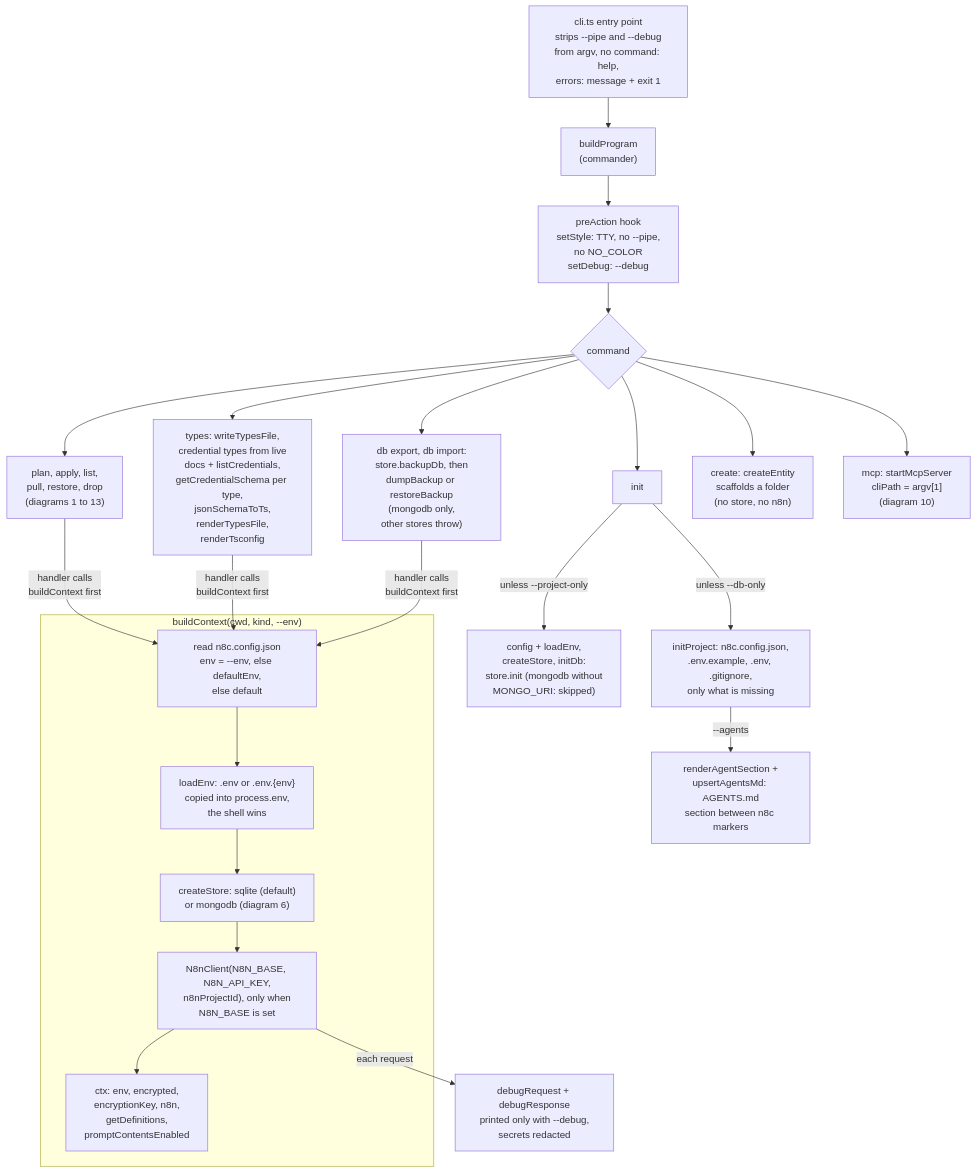
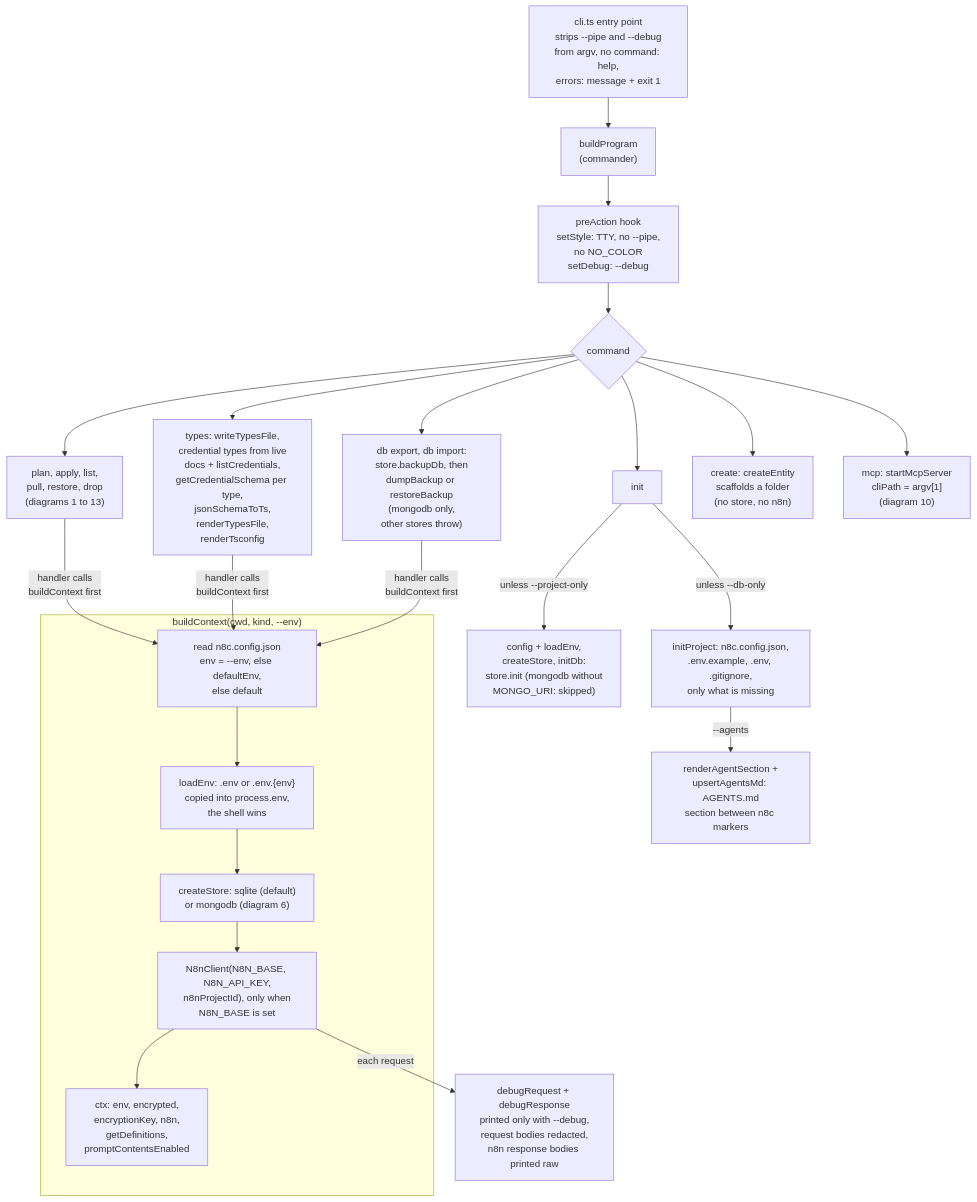
One commit to nullseal/n8c changed diagram 14 of 14 in docs/ARCHITECTURE.md. Above: the diagram before and after it, drawn with Mermaid. The commit also changed other lines of this file, not shown here.

Commit message:
docs: fix diagram accuracy findings

````diff
--- a/docs/ARCHITECTURE.md
+++ b/docs/ARCHITECTURE.md
@@ -744,25 +750,25 @@
 ```mermaid
 flowchart TB
     ENTRY["cli.ts entry point<br/>strips --pipe and --debug<br/>from argv, no command: help,<br/>errors: message + exit 1"] --> PROG["buildProgram<br/>(commander)"]
     PROG --> HOOK["preAction hook<br/>setStyle: TTY, no --pipe,<br/>no NO_COLOR<br/>setDebug: --debug"]
     HOOK --> CMD{"command"}
     CMD --> LOOP["plan, apply, list,<br/>pull, restore, drop<br/>(diagrams 1 to 13)"]
     CMD --> TY["types: writeTypesFile,<br/>credential types from live<br/>docs + listCredentials,<br/>getCredentialSchema per type,<br/>jsonSchemaToTs,<br/>renderTypesFile,<br/>renderTsconfig"]
     CMD --> BK["db export, db import:<br/>store.backupDb, then<br/>dumpBackup or restoreBackup<br/>(mongodb only,<br/>other stores throw)"]
     CMD --> INIT["init"]
     CMD --> CE["create: createEntity<br/>scaffolds a folder<br/>(no store, no n8n)"]
     CMD --> MCP["mcp: startMcpServer<br/>cliPath = argv[1]<br/>(diagram 10)"]
     INIT -->|"unless --db-only"| IP["initProject: n8c.config.json,<br/>.env.example, .env, .gitignore,<br/>only what is missing"]
     IP -->|"--agents"| AG["renderAgentSection +<br/>upsertAgentsMd: AGENTS.md<br/>section between n8c markers"]
     INIT -->|"unless --project-only"| IDB["config + loadEnv,<br/>createStore, initDb:<br/>store.init (mongodb without<br/>MONGO_URI: skipped)"]
     LOOP -->|"handler calls<br/>buildContext first"| CFG
     TY -->|"handler calls<br/>buildContext first"| CFG
     BK -->|"handler calls<br/>buildContext first"| CFG
     subgraph CTX["buildContext(cwd, kind, --env)"]
         CFG["read n8c.config.json<br/>env = --env, else defaultEnv,<br/>else default"] --> ENV["loadEnv: .env or .env.{env}<br/>copied into process.env,<br/>the shell wins"]
         ENV --> CS["createStore: sqlite (default)<br/>or mongodb (diagram 6)"]
         CS --> NC["N8nClient(N8N_BASE, N8N_API_KEY,<br/>n8nProjectId), only when<br/>N8N_BASE is set"]
         NC --> EC["ctx: env, encrypted,<br/>encryptionKey, n8n,<br/>getDefinitions,<br/>promptContentsEnabled"]
     end
-    NC -->|"each request"| DBG["debugRequest + debugResponse<br/>printed only with --debug,<br/>secrets redacted"]
+    NC -->|"each request"| DBG["debugRequest + debugResponse<br/>printed only with --debug,<br/>request bodies redacted,<br/>n8n response bodies printed raw"]
 ```
````
